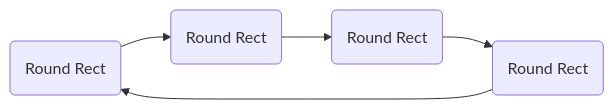
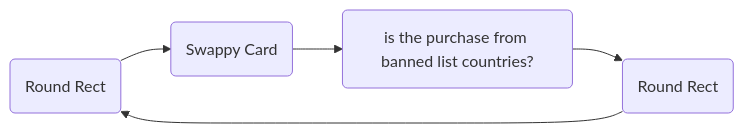
Before and after one commit to ForintFinance/Swappy: the diagram in swappyCard/readme.md, drawn with Mermaid.

````diff
--- a/swappyCard/readme.md
+++ b/swappyCard/readme.md
@@ -16,7 +16,7 @@
 ```mermaid
 graph LR
-A --> B(Round Rect)
-B --> C(Round Rect)
+A --> B(Swappy Card)
+B --> C(is the purchase from banned list countries?)
 C --> D(Round Rect)
 D --> A(Round Rect)
 ```
````
